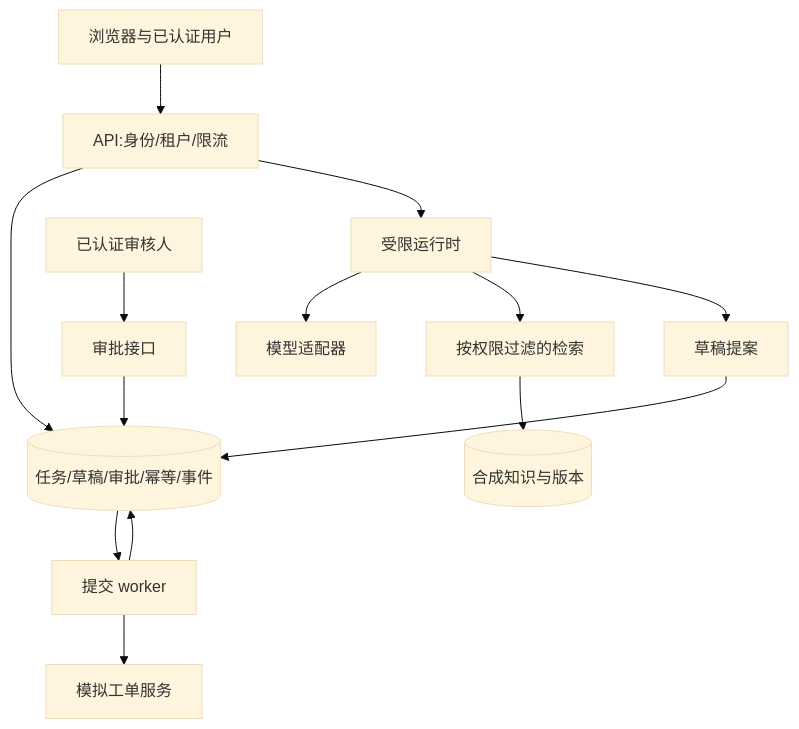
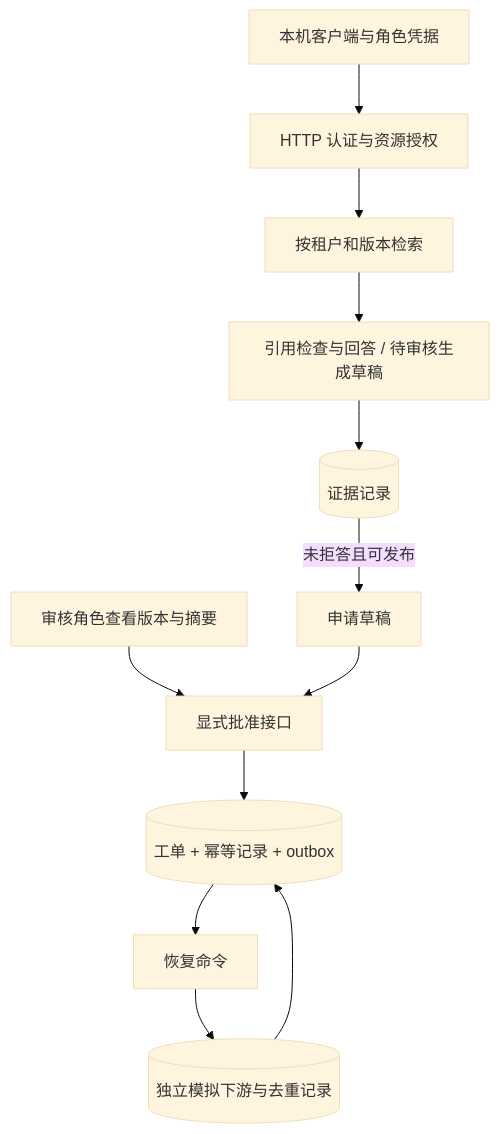
Before and after one commit to hardwork-xu/ai-agent-learning-course: the diagram in docs/projects/capstone.md, drawn with Mermaid (base theme). The commit also changed other lines of this file and 59 other files, not shown here.

````diff
--- a/docs/projects/capstone.md
+++ b/docs/projects/capstone.md
@@ -17,16 +24,14 @@
 ```mermaid
 flowchart TD
-    U[浏览器与已认证用户] --> API[API:身份/租户/限流]
-    API --> DB[(任务/草稿/审批/幂等/事件)]
-    API --> R[受限运行时]
-    R --> M[模型适配器]
-    R --> K[按权限过滤的检索]
-    K --> S[(合成知识与版本)]
-    R --> D[草稿提案]
-    D --> DB
-    A[已认证审核人] --> P[审批接口]
-    P --> DB
-    DB --> W[提交 worker]
-    W --> T[模拟工单服务]
-    W --> DB
+    U[本机客户端与角色凭据] --> A[HTTP 认证与资源授权]
+    A --> R[按租户和版本检索]
+    R --> C[引用检查与回答 / 待审核生成草稿]
+    C --> Q[(证据记录)]
+    Q -->|未拒答且可发布| D[申请草稿]
+    H[审核角色查看版本与摘要] --> P[显式批准接口]
+    D --> P
+    P --> T[(工单 + 幂等记录 + outbox)]
+    T --> W[恢复命令]
+    W --> S[(独立模拟下游与去重记录)]
+    S --> T
 ```
````
